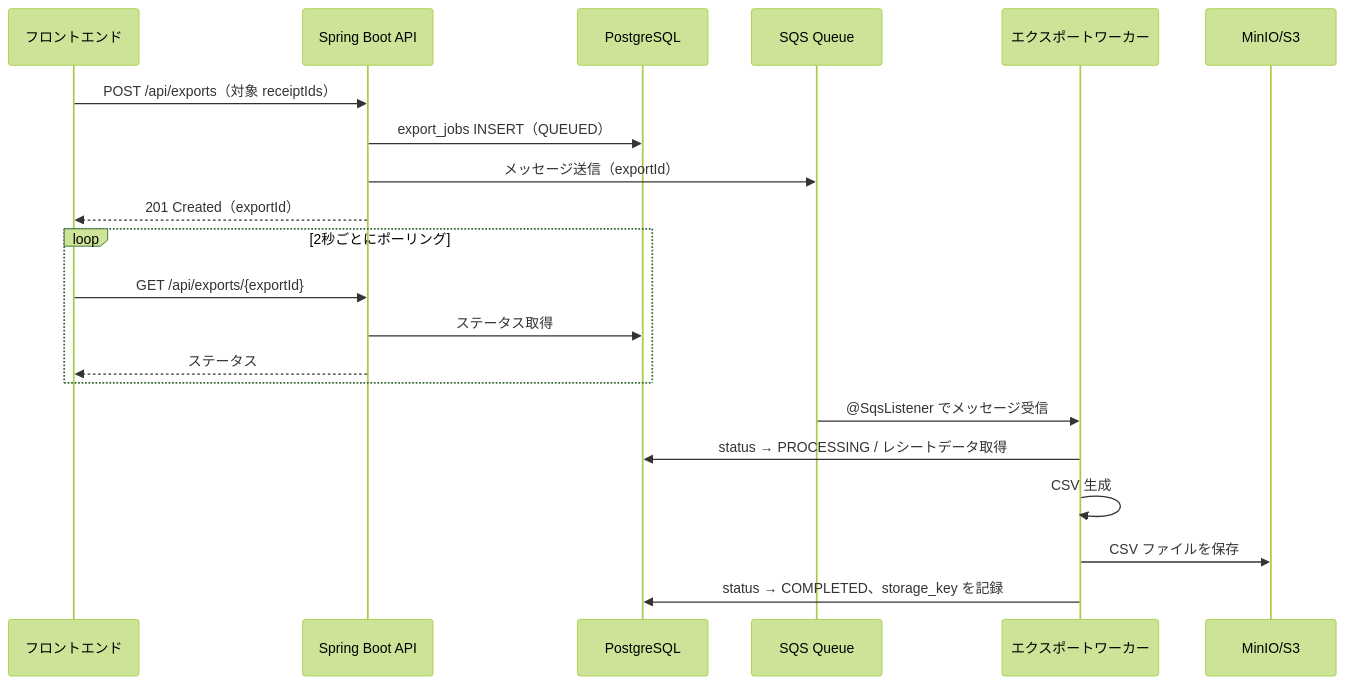
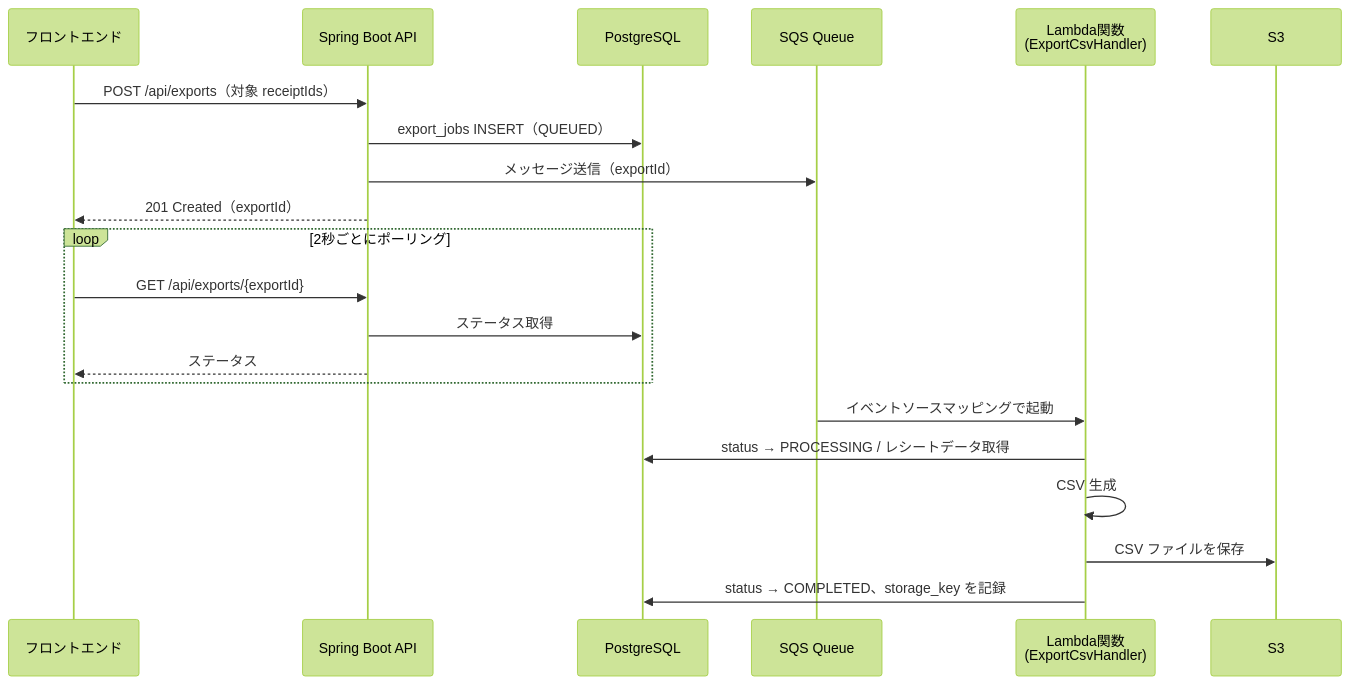
One commit to akihotsuji/portfolio-receipt-ocr changed the second of 3 diagrams in docs/2.基本設計/非同期処理フロー設計書.md. Above: the diagram before and after it, drawn with Mermaid (forest theme). The commit also changed other lines of this file, not shown here.

````diff
--- a/docs/2.基本設計/非同期処理フロー設計書.md
+++ b/docs/2.基本設計/非同期処理フロー設計書.md
@@ -69,26 +69,26 @@
 ```mermaid
 sequenceDiagram
     participant FE as フロントエンド
     participant API as Spring Boot API
     participant DB as PostgreSQL
     participant SQS as SQS Queue
-    participant W as エクスポートワーカー
-    participant S3 as MinIO/S3
+    participant Lambda as Lambda関数<br>(ExportCsvHandler)
+    participant S3 as S3
 
     FE->>API: POST /api/exports（対象 receiptIds）
     API->>DB: export_jobs INSERT（QUEUED）
     API->>SQS: メッセージ送信（exportId）
     API-->>FE: 201 Created（exportId）
 
     loop 2秒ごとにポーリング
         FE->>API: GET /api/exports/{exportId}
         API->>DB: ステータス取得
         API-->>FE: ステータス
     end
 
-    SQS->>W: @SqsListener でメッセージ受信
-    W->>DB: status → PROCESSING / レシートデータ取得
-    W->>W: CSV 生成
-    W->>S3: CSV ファイルを保存
-    W->>DB: status → COMPLETED、storage_key を記録
+    SQS->>Lambda: イベントソースマッピングで起動
+    Lambda->>DB: status → PROCESSING / レシートデータ取得
+    Lambda->>Lambda: CSV 生成
+    Lambda->>S3: CSV ファイルを保存
+    Lambda->>DB: status → COMPLETED、storage_key を記録
 ```
````
